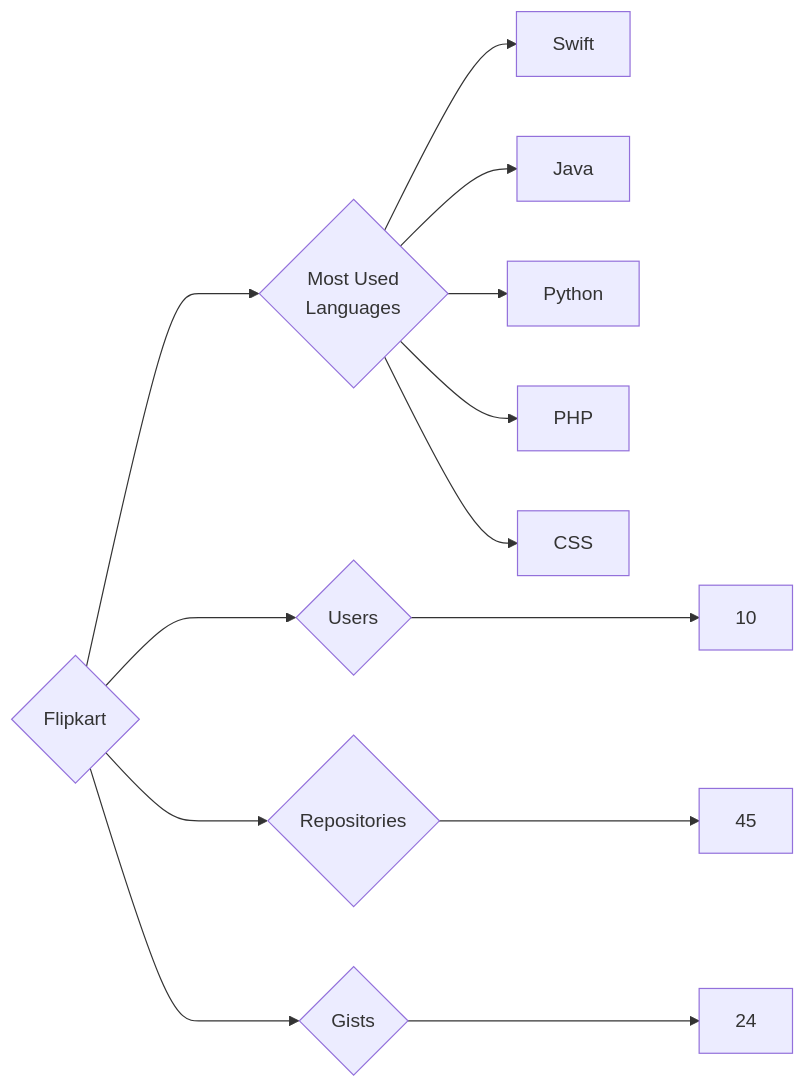
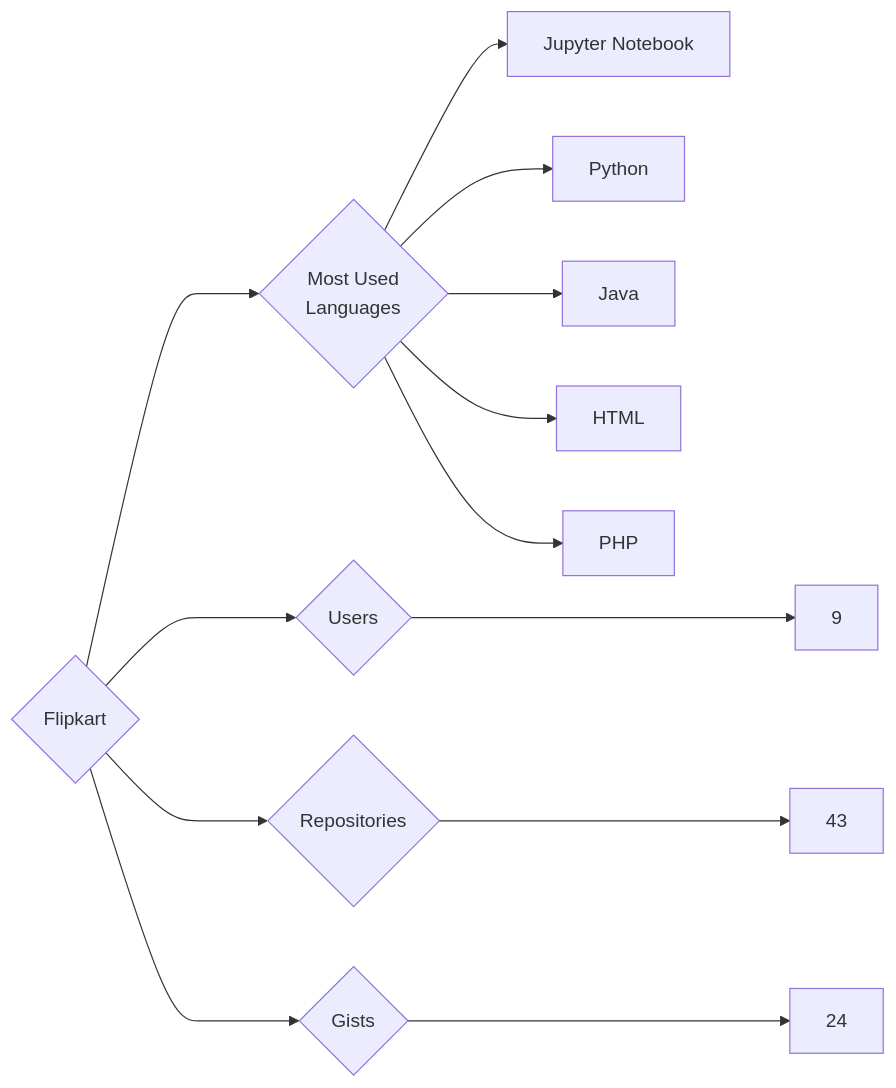
Before and after one commit to trickest/insiders: the diagram in targets/Flipkart/README.md, drawn with Mermaid. The commit also changed 1170 other files, not shown here.

````diff
--- a/targets/Flipkart/README.md
+++ b/targets/Flipkart/README.md
@@ -3,13 +3,13 @@
 ```mermaid
 graph LR
 COMPANY_NAME{Flipkart}
-COMPANY_NAME ---> U{Users} ---> UN[10]
-COMPANY_NAME ---> R{Repositories} ---> RN[45]
+COMPANY_NAME ---> U{Users} ---> UN[9]
+COMPANY_NAME ---> R{Repositories} ---> RN[43]
 COMPANY_NAME ---> G{Gists} ---> GN[24]
 COMPANY_NAME ---> ML{Most Used<br>Languages}
-ML --> Swift[Swift]
+ML --> Jupyter_Notebook[Jupyter Notebook]
+ML --> Python[Python]
 ML --> Java[Java]
-ML --> Python[Python]
+ML --> HTML[HTML]
 ML --> PHP[PHP]
-ML --> CSS[CSS]
 ```
````
